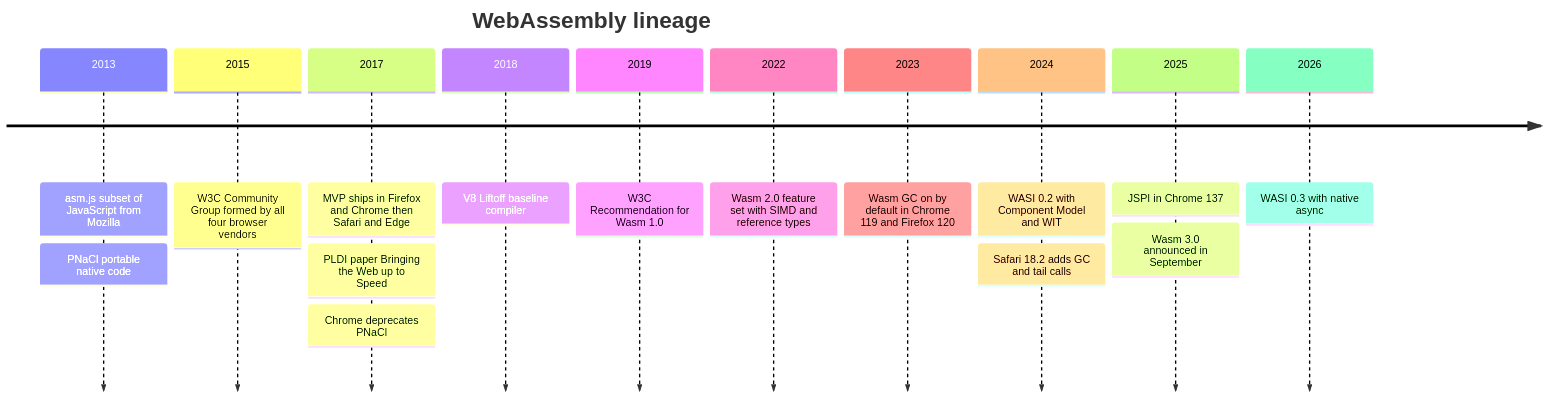
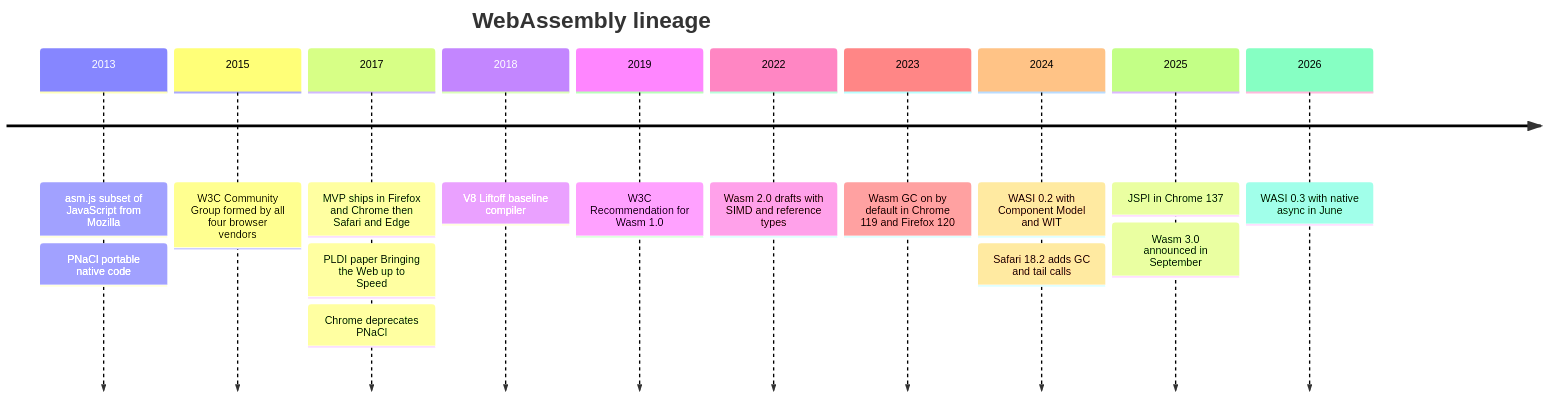
Before and after one commit to ImRuliad/Library-of-Alexandria: the first of 3 diagrams in Compilers/Runtimes & JITs/WebAssembly/WebAssembly.md, drawn with Mermaid. The commit also changed other lines of this file, not shown here.

````diff
--- a/Compilers/Runtimes & JITs/WebAssembly/WebAssembly.md
+++ b/Compilers/Runtimes & JITs/WebAssembly/WebAssembly.md
@@ -179,19 +185,19 @@
 ```mermaid
 timeline
     title WebAssembly lineage
     2013 : asm.js subset of JavaScript from Mozilla
          : PNaCl portable native code
     2015 : W3C Community Group formed by all four browser vendors
     2017 : MVP ships in Firefox and Chrome then Safari and Edge
          : PLDI paper Bringing the Web up to Speed
          : Chrome deprecates PNaCl
     2018 : V8 Liftoff baseline compiler
     2019 : W3C Recommendation for Wasm 1.0
-    2022 : Wasm 2.0 feature set with SIMD and reference types
+    2022 : Wasm 2.0 drafts with SIMD and reference types
     2023 : Wasm GC on by default in Chrome 119 and Firefox 120
     2024 : WASI 0.2 with Component Model and WIT
          : Safari 18.2 adds GC and tail calls
     2025 : JSPI in Chrome 137
          : Wasm 3.0 announced in September
-    2026 : WASI 0.3 with native async
+    2026 : WASI 0.3 with native async in June
 ```
````
